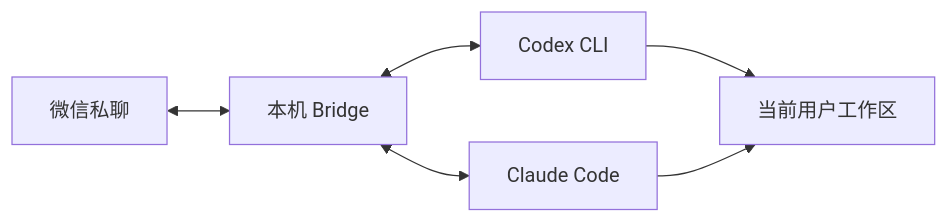
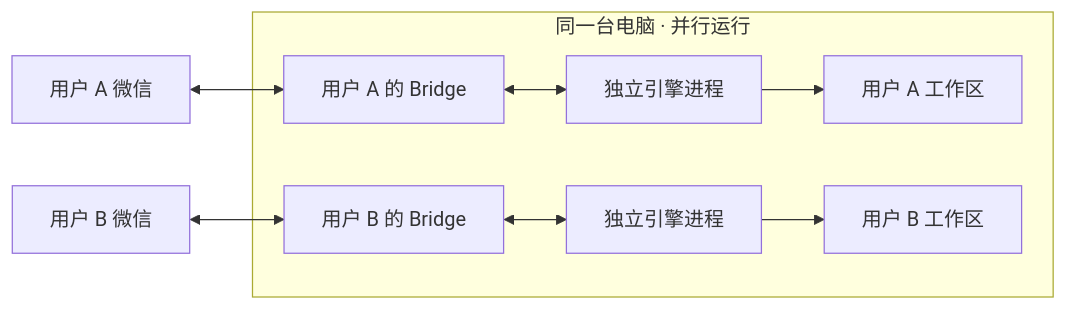
Before and after one commit to zhouqise/wechat-agent-bridge: the diagram in README.md, drawn with Mermaid. The commit also changed other lines of this file, not shown here.

````diff
--- a/README.md
+++ b/README.md
@@ -157,8 +166,11 @@
 ```mermaid
 flowchart LR
-    W[微信私聊] <--> B[本机 Bridge]
-    B <--> C[Codex CLI]
-    B <--> A[Claude Code]
-    C --> P[当前用户工作区]
-    A --> P
+    subgraph H[同一台电脑 · 并行运行]
+      B1[用户 A 的 Bridge] <--> E1[独立引擎进程]
+      E1 --> P1[用户 A 工作区]
+      B2[用户 B 的 Bridge] <--> E2[独立引擎进程]
+      E2 --> P2[用户 B 工作区]
+    end
+    W1[用户 A 微信] <--> B1
+    W2[用户 B 微信] <--> B2
 ```
````
